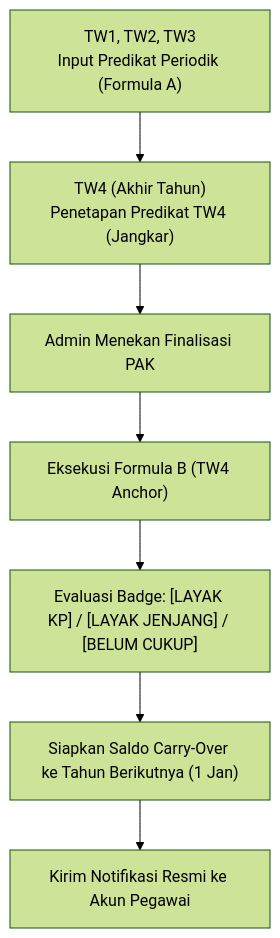
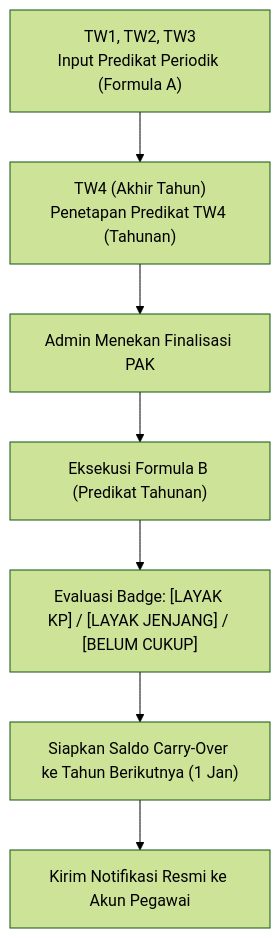
One commit to Apriiansh/konversi-kinerja-kpk changed the diagram in backend/README.md. Above: the diagram before and after it, drawn with Mermaid (forest theme). The commit also changed other lines of this file and 30 other files, not shown here.

````diff
--- a/backend/README.md
+++ b/backend/README.md
@@ -81,9 +81,9 @@
 ```mermaid
 flowchart TD
-    A["TW1, TW2, TW3\nInput Predikat Periodik (Formula A)"] --> B["TW4 (Akhir Tahun)\nPenetapan Predikat TW4 (Jangkar)"]
+    A["TW1, TW2, TW3\nInput Predikat Periodik (Formula A)"] --> B["TW4 (Akhir Tahun)\nPenetapan Predikat TW4 (Tahunan)"]
     B --> C["Admin Menekan Finalisasi PAK"]
-    C --> D["Eksekusi Formula B (TW4 Anchor)"]
+    C --> D["Eksekusi Formula B (Predikat Tahunan)"]
     D --> E["Evaluasi Badge: [LAYAK KP] / [LAYAK JENJANG] / [BELUM CUKUP]"]
     E --> F["Siapkan Saldo Carry-Over ke Tahun Berikutnya (1 Jan)"]
     F --> G["Kirim Notifikasi Resmi ke Akun Pegawai"]
 ```
````
